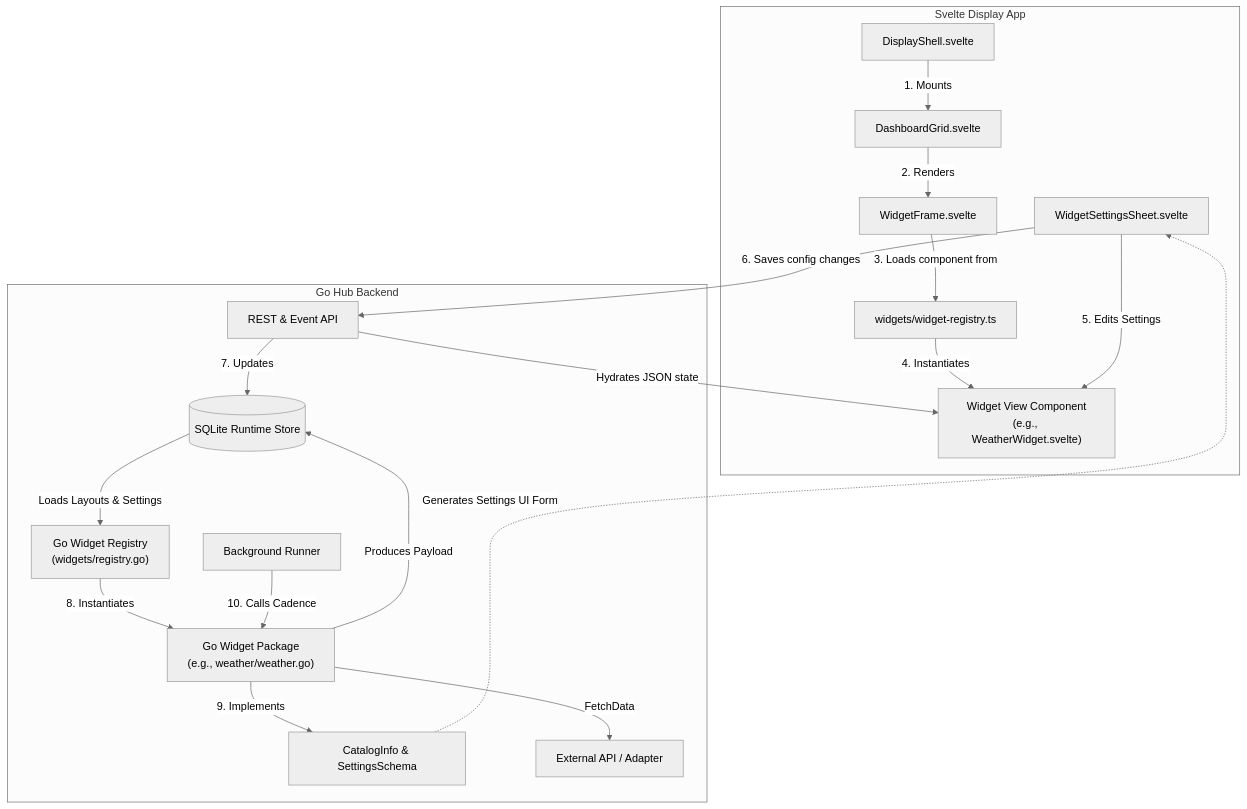
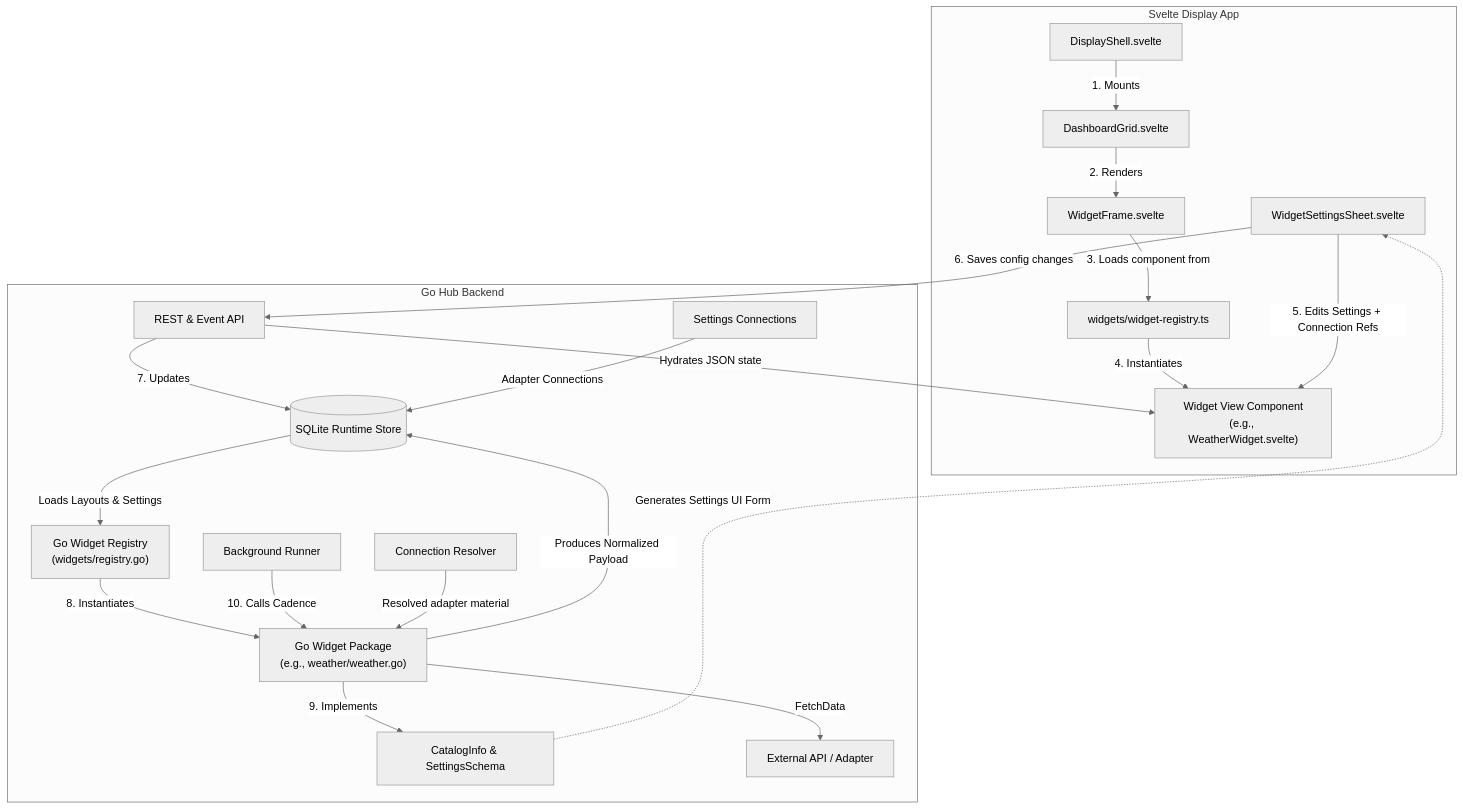
Before and after one commit to juteai/jute-dash: the diagram in docs/architecture/widgets.md, drawn with Mermaid (neutral theme). The commit also changed other lines of this file and 56 other files, not shown here.

````diff
--- a/docs/architecture/widgets.md
+++ b/docs/architecture/widgets.md
@@ -20,26 +22,28 @@
 ```mermaid
 flowchart TD
     subgraph Browser [Svelte Display App]
         Shell[DisplayShell.svelte] -->|1. Mounts| Grid[DashboardGrid.svelte]
         Grid -->|2. Renders| Frame[WidgetFrame.svelte]
         Frame -->|3. Loads component from| Registry[widgets/widget-registry.ts]
         Registry -->|4. Instantiates| SvelteComp["Widget View Component\n(e.g., WeatherWidget.svelte)"]
-        ConfigSheet[WidgetSettingsSheet.svelte] -->|5. Edits Settings| SvelteComp
+        ConfigSheet[WidgetSettingsSheet.svelte] -->|5. Edits Settings + Connection Refs| SvelteComp
     end
 
     subgraph Hub [Go Hub Backend]
         API[REST & Event API] -->|Hydrates JSON state| SvelteComp
         ConfigSheet -->|6. Saves config changes| API
         API -->|7. Updates| DB[(SQLite Runtime Store)]
+        Connections[Settings Connections] -->|Adapter Connections| DB
 
         DB -->|Loads Layouts & Settings| RegistryGo["Go Widget Registry\n(widgets/registry.go)"]
         RegistryGo -->|8. Instantiates| GoWidget["Go Widget Package\n(e.g., weather/weather.go)"]
 
         GoWidget -->|9. Implements| Catalog["CatalogInfo & SettingsSchema"]
         Catalog -.->|Generates Settings UI Form| ConfigSheet
 
         Scheduler[Background Runner] -->|10. Calls Cadence| GoWidget
+        Resolver[Connection Resolver] -->|Resolved adapter material| GoWidget
         GoWidget -->|FetchData| ExtData["External API / Adapter"]
-        GoWidget -->|Produces Payload| DB
+        GoWidget -->|Produces Normalized Payload| DB
     end
 ```
````
